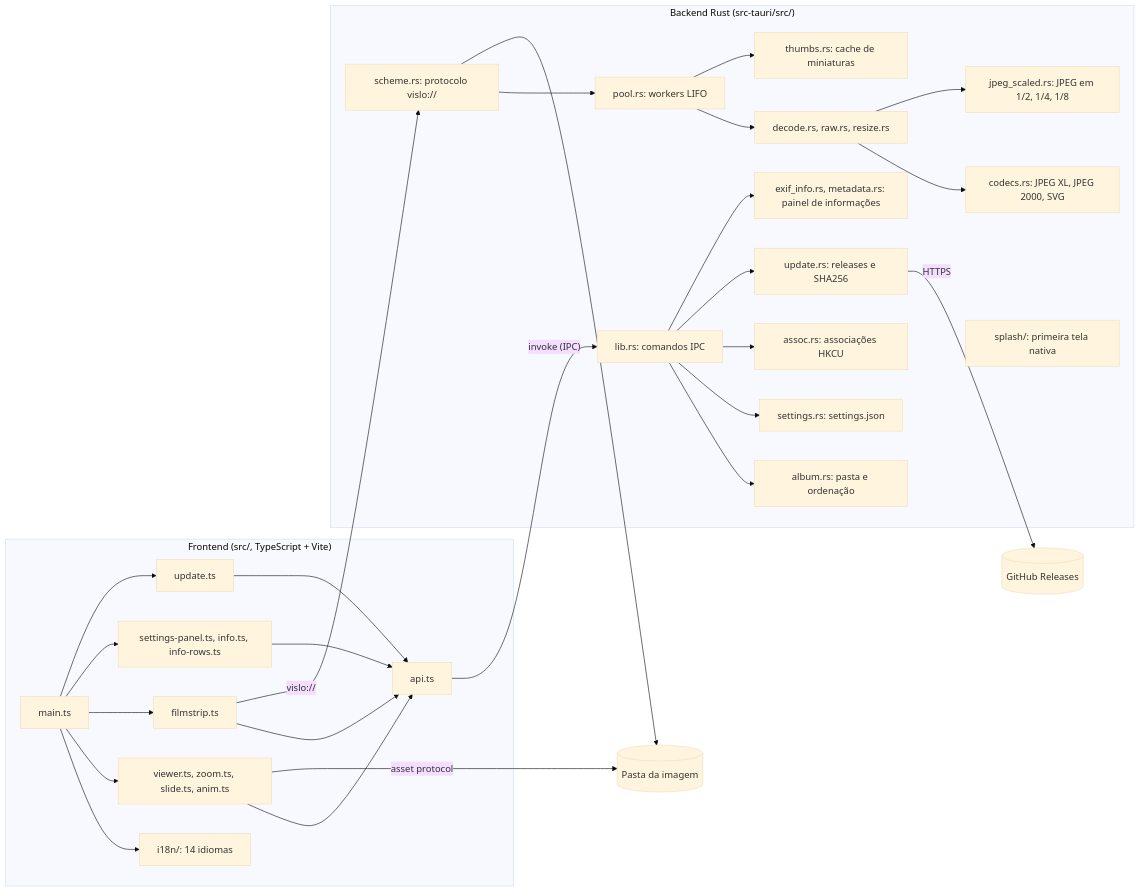
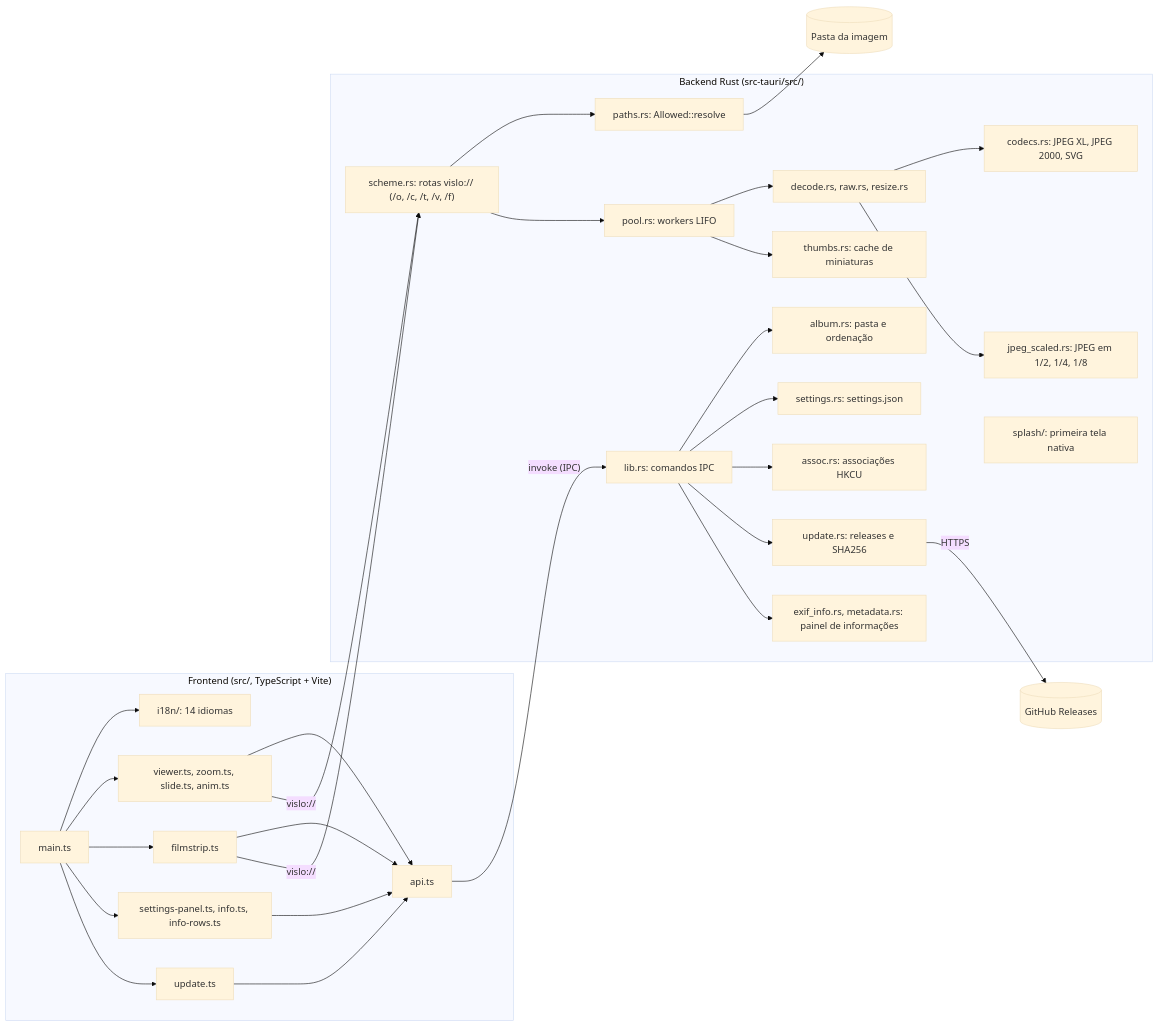
The diagram in README.md (juninmd/vislo), drawn with Mermaid (base theme) before and after one commit. The commit also changed other lines of this file and 7 other files, not shown here.

First line of the commit message:
chore(security): remove the unused asset protocol and its scope

````diff
--- a/README.md
+++ b/README.md
@@ -153,32 +153,33 @@
 ```mermaid
 flowchart LR
     subgraph Web["Frontend (src/, TypeScript + Vite)"]
         main["main.ts"] --> i18n["i18n/: 14 idiomas"]
         main --> viewer["viewer.ts, zoom.ts, slide.ts, anim.ts"]
         main --> filmstrip["filmstrip.ts"]
         main --> panel["settings-panel.ts, info.ts, info-rows.ts"]
         main --> upd["update.ts"]
         viewer --> api["api.ts"]
         filmstrip --> api
         panel --> api
         upd --> api
     end
     subgraph Core["Backend Rust (src-tauri/src/)"]
         lib["lib.rs: comandos IPC"] --> album["album.rs: pasta e ordenação"]
         lib --> settings["settings.rs: settings.json"]
         lib --> assoc["assoc.rs: associações HKCU"]
         lib --> update["update.rs: releases e SHA256"]
-        scheme["scheme.rs: protocolo vislo://"] --> pool["pool.rs: workers LIFO"]
+        scheme["scheme.rs: rotas vislo:// (/o, /c, /t, /v, /f)"] --> paths["paths.rs: Allowed::resolve"]
+        scheme --> pool["pool.rs: workers LIFO"]
         pool --> decode["decode.rs, raw.rs, resize.rs"]
         decode --> codecs["codecs.rs: JPEG XL, JPEG 2000, SVG"]
         decode --> jpegs["jpeg_scaled.rs: JPEG em 1/2, 1/4, 1/8"]
         lib --> meta["exif_info.rs, metadata.rs: painel de informações"]
         pool --> thumbs["thumbs.rs: cache de miniaturas"]
         splash["splash/: primeira tela nativa"]
     end
     api -- "invoke (IPC)" --> lib
     filmstrip -- "vislo://" --> scheme
-    viewer -- "asset protocol" --> disk[("Pasta da imagem")]
-    scheme --> disk
+    viewer -- "vislo://" --> scheme
+    paths --> disk[("Pasta da imagem")]
     update -- "HTTPS" --> gh[("GitHub Releases")]
 ```
````
